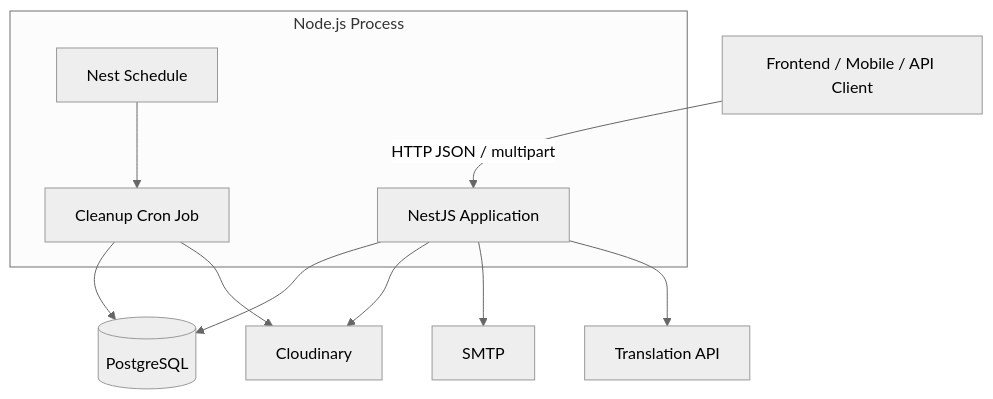
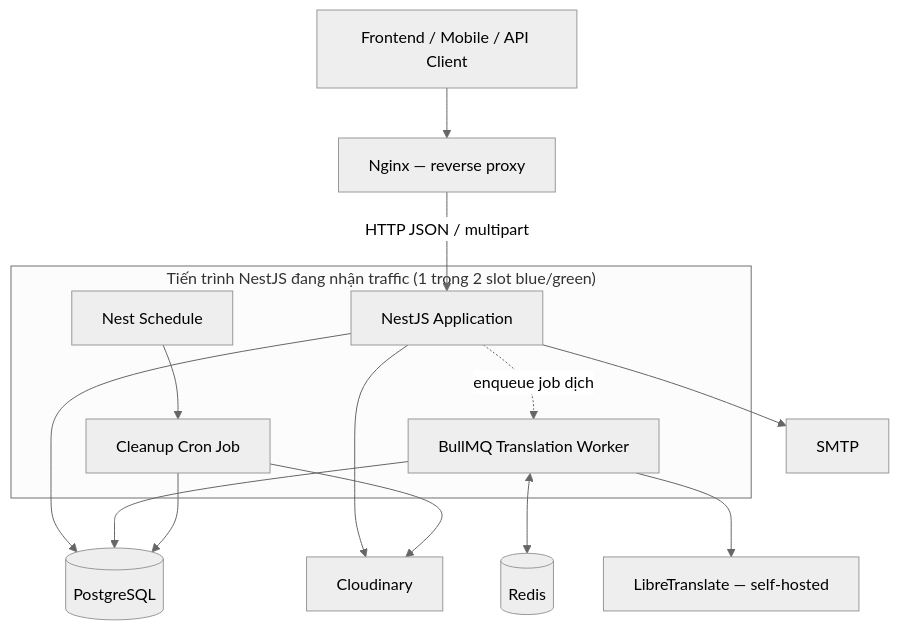
Before and after one commit to ngocha3792/Quan-ly-blog: the second of 10 diagrams in docs/Preview Documentation/ARCHITECTURE.md, drawn with Mermaid (neutral theme). The commit also changed other lines of this file and 6 other files, not shown here.

````diff
--- a/docs/Preview Documentation/ARCHITECTURE.md
+++ b/docs/Preview Documentation/ARCHITECTURE.md
@@ -106,24 +109,30 @@
 ```mermaid
 flowchart TB
     Client[Frontend / Mobile / API Client]
+    Nginx[Nginx — reverse proxy]
 
-    subgraph NodeProcess[Node.js Process]
+    subgraph Slot["Tiến trình NestJS đang nhận traffic (1 trong 2 slot blue/green)"]
         Nest[NestJS Application]
         Scheduler[Nest Schedule]
         Cleanup[Cleanup Cron Job]
+        Worker[BullMQ Translation Worker]
     end
 
     DB[(PostgreSQL)]
+    Redis[(Redis)]
     Media[Cloudinary]
     Mail[SMTP]
-    Translation[Translation API]
+    Translation[LibreTranslate — self-hosted]
 
-    Client -->|HTTP JSON / multipart| Nest
+    Client --> Nginx -->|HTTP JSON / multipart| Nest
     Nest --> DB
     Nest --> Media
     Nest --> Mail
-    Nest --> Translation
+    Nest -.enqueue job dịch.-> Worker
+    Worker <--> Redis
+    Worker --> Translation
+    Worker --> DB
     Scheduler --> Cleanup
     Cleanup --> DB
     Cleanup --> Media
 ```
````
